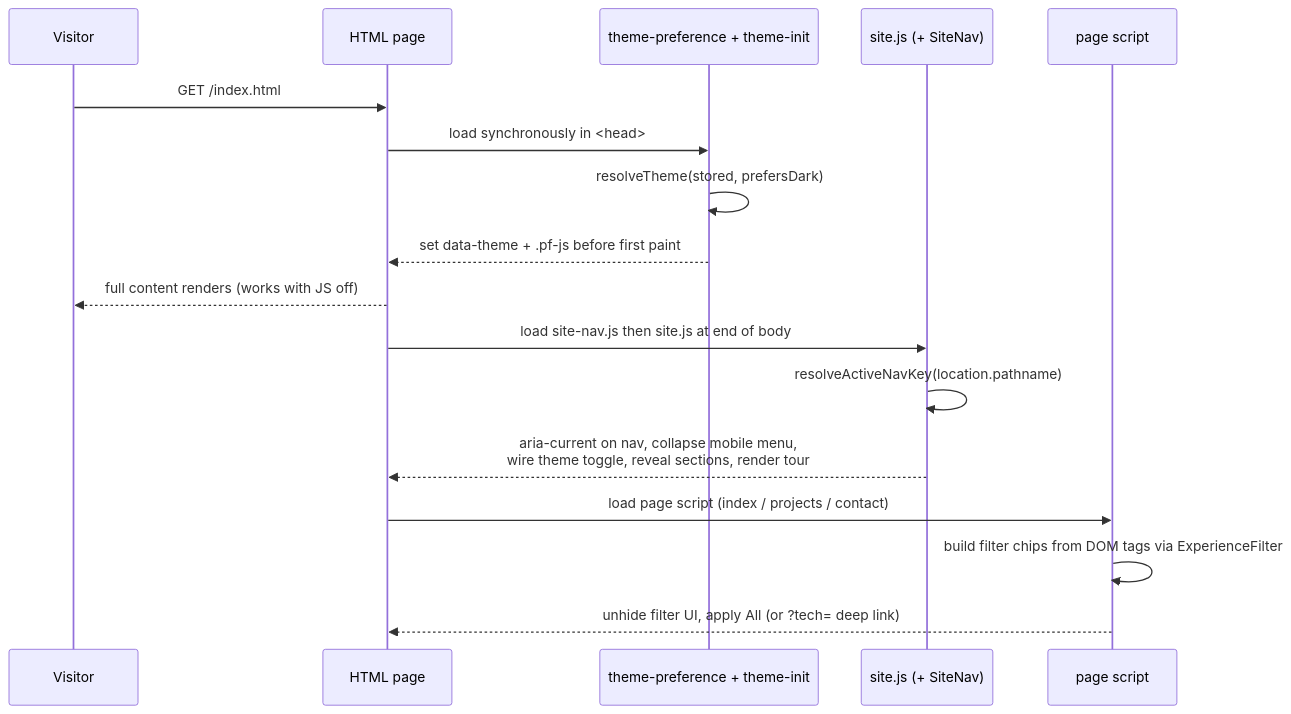
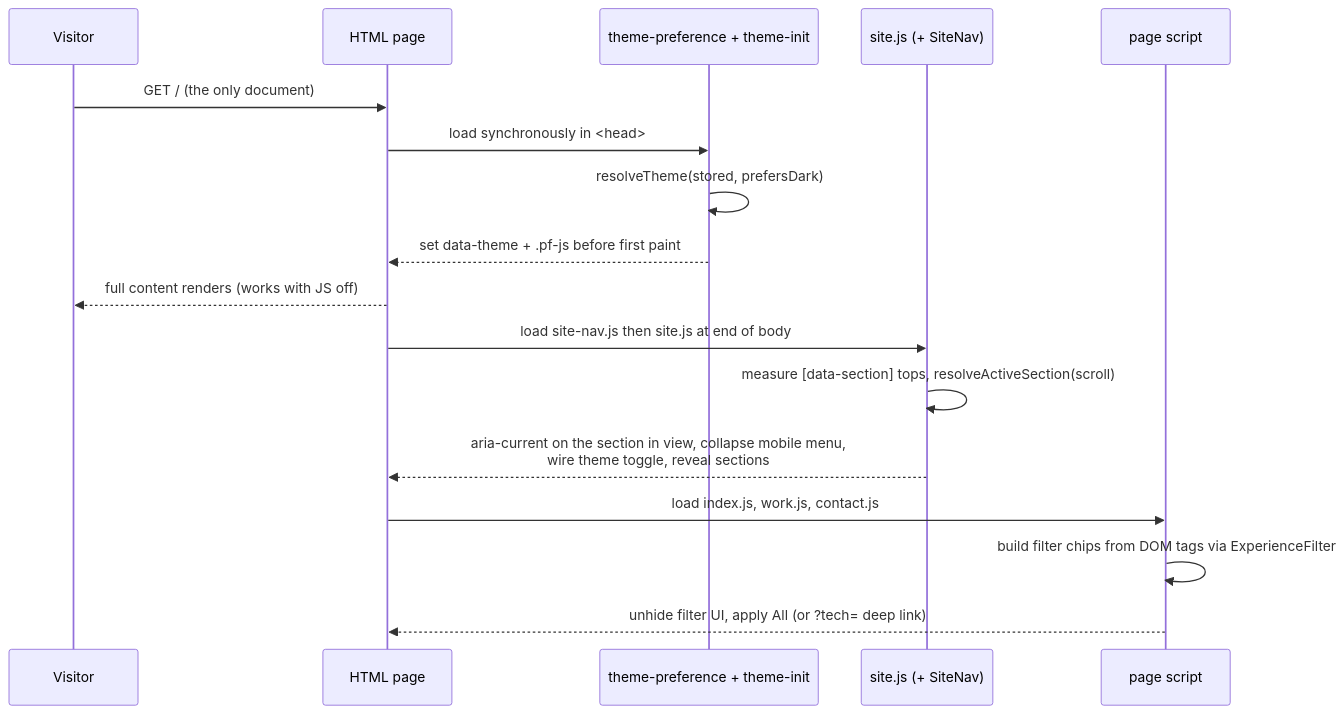
The second of 2 diagrams in docs/architecture.md (Jamieatucker/portfolio), drawn with Mermaid before and after one commit. The commit also changed other lines of this file and 10 other files, not shown here.

First line of the commit message:
Document the single-page architecture

````diff
--- a/docs/architecture.md
+++ b/docs/architecture.md
@@ -72,20 +75,20 @@
 ```mermaid
 sequenceDiagram
     participant U as Visitor
     participant H as HTML page
     participant T as theme-preference + theme-init
     participant S as site.js (+ SiteNav)
     participant P as page script
 
-    U->>H: GET /index.html
+    U->>H: GET / (the only document)
     H->>T: load synchronously in <head>
     T->>T: resolveTheme(stored, prefersDark)
     T-->>H: set data-theme + .pf-js before first paint
     H-->>U: full content renders (works with JS off)
     H->>S: load site-nav.js then site.js at end of body
-    S->>S: resolveActiveNavKey(location.pathname)
-    S-->>H: aria-current on nav, collapse mobile menu,<br/>wire theme toggle, reveal sections, render tour
-    H->>P: load page script (index / projects / contact)
+    S->>S: measure [data-section] tops, resolveActiveSection(scroll)
+    S-->>H: aria-current on the section in view, collapse mobile menu,<br/>wire theme toggle, reveal sections
+    H->>P: load index.js, work.js, contact.js
     P->>P: build filter chips from DOM tags via ExperienceFilter
     P-->>H: unhide filter UI, apply All (or ?tech= deep link)
 ```
````
